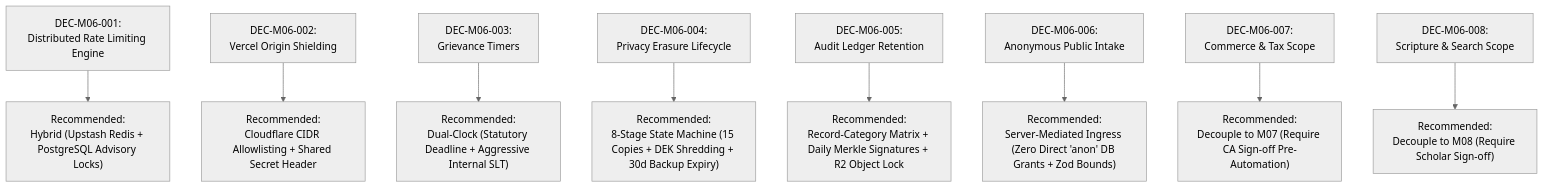
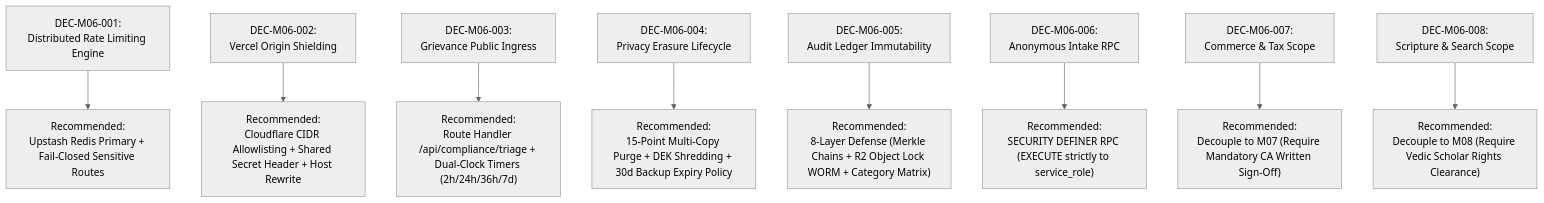
One commit to Sunder-Chauhan/Ishti-OS changed the diagram in docs/M06_PRE_IMPLEMENTATION_DECISION_REGISTER.md. Above: the diagram before and after it, drawn with Mermaid (neutral theme). The commit also changed other lines of this file and 7 other files, not shown here.

Commit message:
docs(m06): validate architecture decisions, correct it rules timelines, and author g0 approval packet

````diff
--- a/docs/M06_PRE_IMPLEMENTATION_DECISION_REGISTER.md
+++ b/docs/M06_PRE_IMPLEMENTATION_DECISION_REGISTER.md
@@ -21,11 +24,11 @@
 ```mermaid
 flowchart TD
-    D1["DEC-M06-001:\nDistributed Rate Limiting Engine"] --> R1["Recommended:\nHybrid (Upstash Redis + PostgreSQL Advisory Locks)"]
-    D2["DEC-M06-002:\nVercel Origin Shielding"] --> R2["Recommended:\nCloudflare CIDR Allowlisting + Shared Secret Header"]
-    D3["DEC-M06-003:\nGrievance Timers"] --> R3["Recommended:\nDual-Clock (Statutory Deadline + Aggressive Internal SLT)"]
-    D4["DEC-M06-004:\nPrivacy Erasure Lifecycle"] --> R4["Recommended:\n8-Stage State Machine (15 Copies + DEK Shredding + 30d Backup Expiry)"]
-    D5["DEC-M06-005:\nAudit Ledger Retention"] --> R5["Recommended:\nRecord-Category Matrix + Daily Merkle Signatures + R2 Object Lock"]
-    D6["DEC-M06-006:\nAnonymous Public Intake"] --> R6["Recommended:\nServer-Mediated Ingress (Zero Direct 'anon' DB Grants + Zod Bounds)"]
-    D7["DEC-M06-007:\nCommerce & Tax Scope"] --> R7["Recommended:\nDecouple to M07 (Require CA Sign-off Pre-Automation)"]
-    D8["DEC-M06-008:\nScripture & Search Scope"] --> R8["Recommended:\nDecouple to M08 (Require Scholar Sign-off)"]
+    D1["DEC-M06-001:\nDistributed Rate Limiting Engine"] --> R1["Recommended:\nUpstash Redis Primary + Fail-Closed Sensitive Routes"]
+    D2["DEC-M06-002:\nVercel Origin Shielding"] --> R2["Recommended:\nCloudflare CIDR Allowlisting + Shared Secret Header + Host Rewrite"]
+    D3["DEC-M06-003:\nGrievance Public Ingress"] --> R3["Recommended:\nRoute Handler /api/compliance/triage + Dual-Clock Timers (2h/24h/36h/7d)"]
+    D4["DEC-M06-004:\nPrivacy Erasure Lifecycle"] --> R4["Recommended:\n15-Point Multi-Copy Purge + DEK Shredding + 30d Backup Expiry Policy"]
+    D5["DEC-M06-005:\nAudit Ledger Immutability"] --> R5["Recommended:\n8-Layer Defense (Merkle Chains + R2 Object Lock WORM + Category Matrix)"]
+    D6["DEC-M06-006:\nAnonymous Intake RPC"] --> R6["Recommended:\nSECURITY DEFINER RPC (EXECUTE strictly to service_role)"]
+    D7["DEC-M06-007:\nCommerce & Tax Scope"] --> R7["Recommended:\nDecouple to M07 (Require Mandatory CA Written Sign-Off)"]
+    D8["DEC-M06-008:\nScripture & Search Scope"] --> R8["Recommended:\nDecouple to M08 (Require Vedic Scholar Rights Clearance)"]
 ```
````
